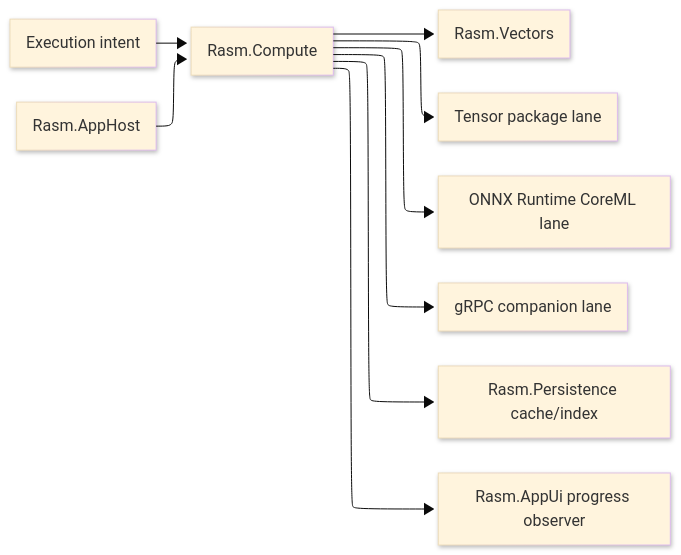
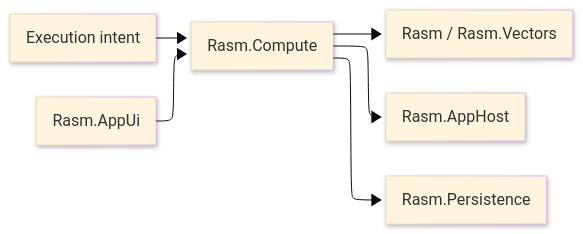
Before and after one commit to bsamiee/Rasm: the diagram in libs/csharp/Rasm.Compute/ARCHITECTURE.md, drawn with Mermaid. The commit also changed other lines of this file and 65 other files, not shown here.

Commit message:
Align app package docs and package graph

````diff
--- a/libs/csharp/Rasm.Compute/ARCHITECTURE.md
+++ b/libs/csharp/Rasm.Compute/ARCHITECTURE.md
@@ -7,19 +7,16 @@
 ```mermaid
 ---
 config:
   layout: elk
   look: neo
   theme: base
 ---
 flowchart LR
     accTitle: Compute measured execution
-    accDescr: Compute accepts execution intent, selects a substrate, calls vector/model/remote lanes, emits receipts, and leaves dispatch and storage to AppHost and Persistence.
+    accDescr: Compute accepts execution intent, selects a substrate, emits receipts, consumes runtime policy, and stores cache/index metadata through Persistence.
     Intent["Execution intent"] --> Compute["Rasm.Compute"]
-    Compute --> Vectors["Rasm.Vectors"]
-    Compute --> Tensor["Tensor package lane"]
-    Compute --> Model["ONNX Runtime CoreML lane"]
-    Compute --> Remote["gRPC companion lane"]
-    Host["Rasm.AppHost"] --> Compute
-    Compute --> Store["Rasm.Persistence cache/index"]
-    Compute --> Ui["Rasm.AppUi progress observer"]
+    Compute --> Kernel["Rasm / Rasm.Vectors"]
+    Compute --> Host["Rasm.AppHost"]
+    Compute --> Store["Rasm.Persistence"]
+    Ui["Rasm.AppUi"] --> Compute
 ```
````
